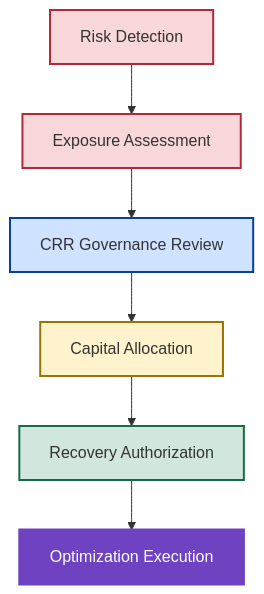
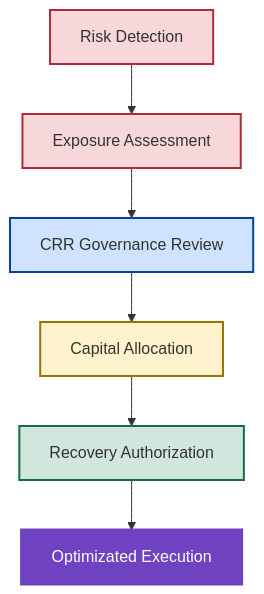
One commit to AwesomeAnil/newbridge-saas-operating-system changed the second of 4 diagrams in 08_CRR_Optimization/central-risk-reserve.md. Above: the diagram before and after it, drawn with Mermaid. The commit also changed 1 other file, not shown here.

Commit message:
Deleting forecast recovery governance
because we have the much stronger central risk reserve markdown.

````diff
--- a/08_CRR_Optimization/central-risk-reserve.md
+++ b/08_CRR_Optimization/central-risk-reserve.md
@@ -164,27 +164,27 @@
 ```mermaid
 flowchart TD
 
 A["Risk Detection"]
 
 --> B["Exposure Assessment"]
 
 --> C["CRR Governance Review"]
 
 --> D["Capital Allocation"]
 
 --> E["Recovery Authorization"]
 
---> F["Optimization Execution"]
+--> F["Optimizated Execution"]
 
 style A fill:#f8d7da,stroke:#b02a37,stroke-width:2px
 
 style B fill:#f8d7da,stroke:#b02a37,stroke-width:2px
 
 style C fill:#cfe2ff,stroke:#084298,stroke-width:2px
 
 style D fill:#fff3cd,stroke:#997404,stroke-width:2px
 
 style E fill:#d1e7dd,stroke:#146c43,stroke-width:2px
 
 style F fill:#6f42c1,color:#ffffff,stroke:#6f42c1,stroke-width:3px
 ```
````
